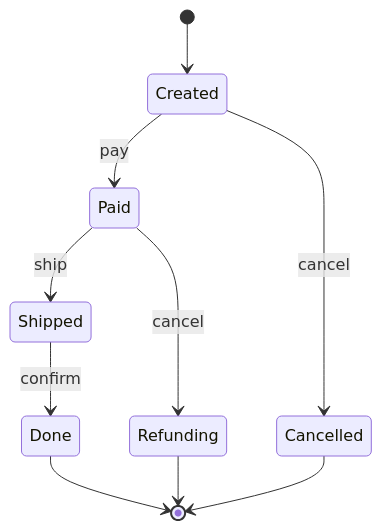
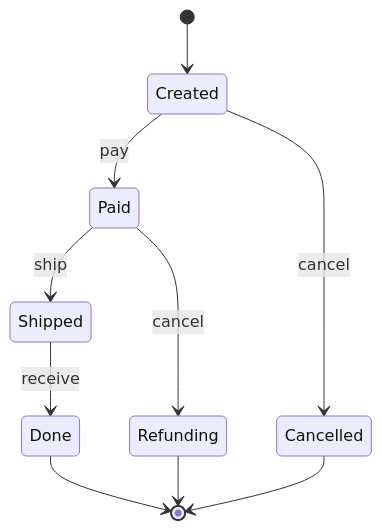
One commit to chongyang211/YCBookBlog changed the fifth of 8 diagrams in docs/08.编程/03.巧学设计模式/19.状态模式设计思想.md. Above: the diagram before and after it, drawn with Mermaid. The commit also changed other lines of this file and 13 other files, not shown here.

````diff
--- a/docs/08.编程/03.巧学设计模式/19.状态模式设计思想.md
+++ b/docs/08.编程/03.巧学设计模式/19.状态模式设计思想.md
@@ -690,12 +514,12 @@
 ```mermaid
 stateDiagram-v2
     [*] --> Created
     Created --> Paid: pay
     Created --> Cancelled: cancel
     Paid --> Shipped: ship
     Paid --> Refunding: cancel
-    Shipped --> Done: confirm
+    Shipped --> Done: receive
     Done --> [*]
     Cancelled --> [*]
     Refunding --> [*]
 ```
````
